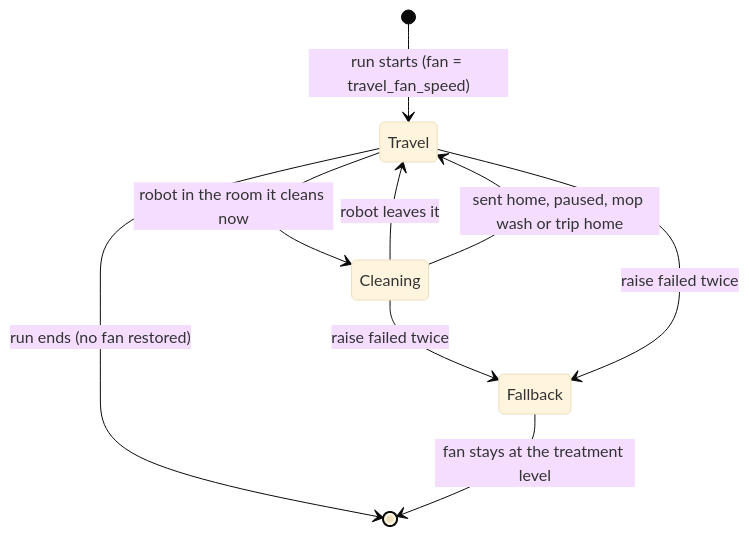
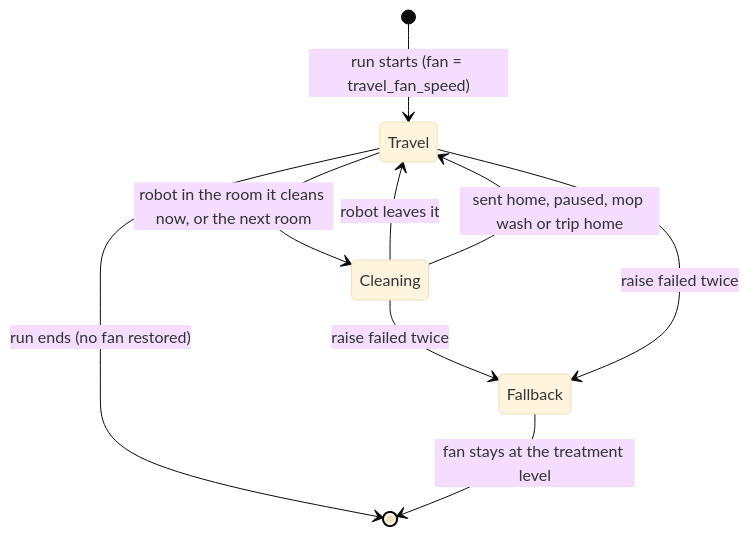
One commit to NickBorgers/home-automation changed the fifth of 6 diagrams in docs/flows/VACUUM.md. Above: the diagram before and after it, drawn with Mermaid (base theme). The commit also changed other lines of this file and 11 other files, not shown here.

First line of the commit message:
Vacuum: confirm the next room by dwell before finishing a room

````diff
--- a/docs/flows/VACUUM.md
+++ b/docs/flows/VACUUM.md
@@ -219,11 +231,11 @@
 ```mermaid
 stateDiagram-v2
     [*] --> Travel: run starts (fan = travel_fan_speed)
-    Travel --> Cleaning: robot in the room it cleans now
+    Travel --> Cleaning: robot in the room it cleans now, or the next room
     Cleaning --> Travel: robot leaves it
     Travel --> [*]: run ends (no fan restored)
     Cleaning --> Travel: sent home, paused, mop wash or trip home
     Cleaning --> Fallback: raise failed twice
     Travel --> Fallback: raise failed twice
     Fallback --> [*]: fan stays at the treatment level
 ```
````
